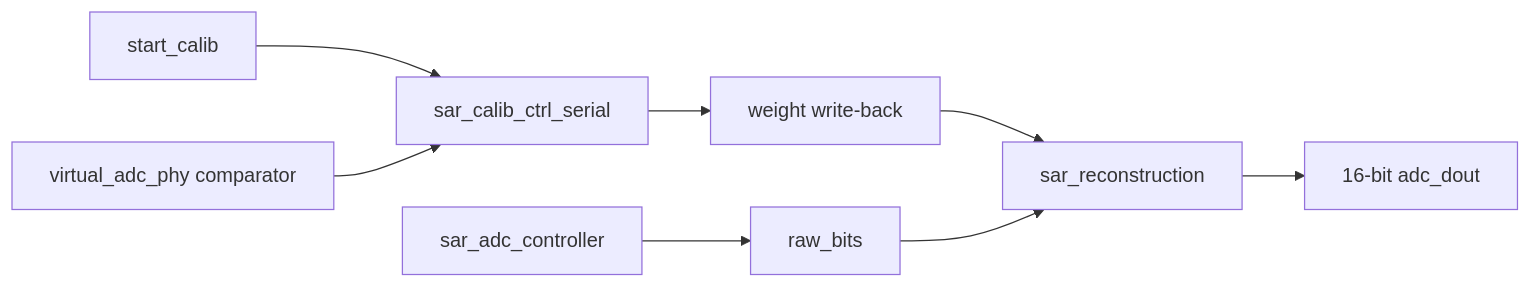
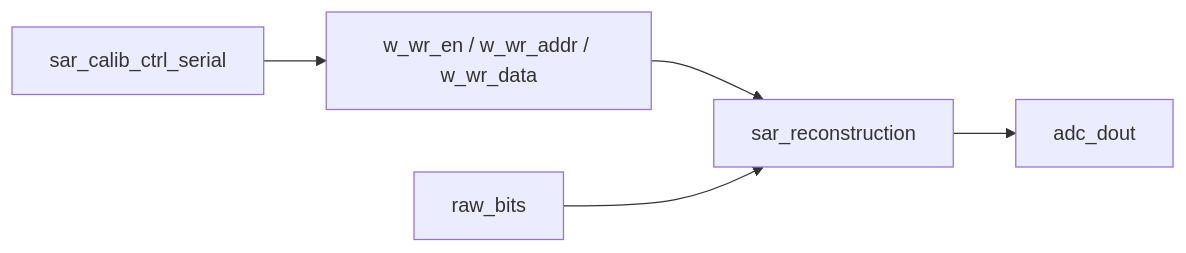
Before and after one commit to defineiocc02/Digital_process.srcs: the diagram in docs/ARCHITECTURE.md, drawn with Mermaid. The commit also changed other lines of this file and 15 other files, not shown here.

````diff
--- a/docs/ARCHITECTURE.md
+++ b/docs/ARCHITECTURE.md
@@ -5,10 +7,7 @@
 ```mermaid
 flowchart LR
-    A["start_calib"] --> B["sar_calib_ctrl_serial"]
-    C["virtual_adc_phy comparator"] --> B
-    B --> D["weight write-back"]
-    E["sar_adc_controller"] --> F["raw_bits"]
-    D --> G["sar_reconstruction"]
-    F --> G
-    G --> H["16-bit adc_dout"]
+    A["sar_calib_ctrl_serial"] --> B["w_wr_en / w_wr_addr / w_wr_data"]
+    B --> C["sar_reconstruction"]
+    D["raw_bits"] --> C
+    C --> E["adc_dout"]
 ```
````
